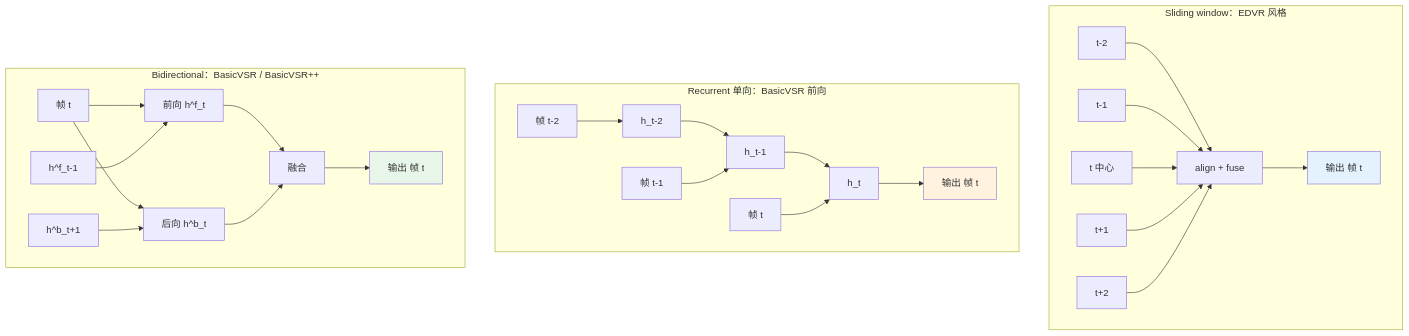
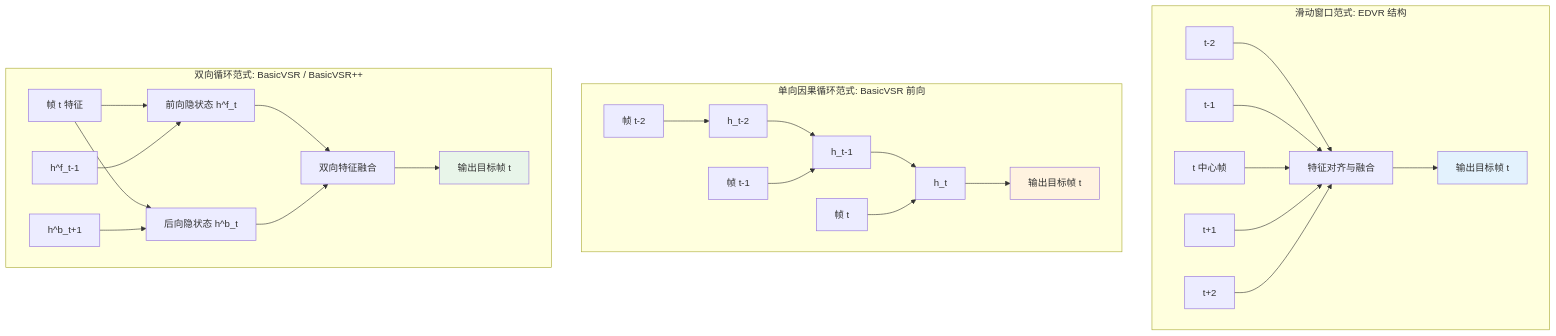
One commit to yingwang/image-enhancement-guide changed the first of 3 diagrams in chapters/14-video-models.md. Above: the diagram before and after it, drawn with Mermaid. The commit also changed other lines of this file and 18 other files, not shown here.

````diff
--- a/chapters/14-video-models.md
+++ b/chapters/14-video-models.md
@@ -95,34 +86,34 @@
 ```mermaid
 graph TB
-    subgraph SW[Sliding window：EDVR 风格]
-        SW1[t-2] --> SWA[align + fuse]
+    subgraph SW[滑动窗口范式: EDVR 结构]
+        SW1[t-2] --> SWA[特征对齐与融合]
         SW2[t-1] --> SWA
-        SW3[t 中心] --> SWA
+        SW3[t 中心帧] --> SWA
         SW4[t+1] --> SWA
         SW5[t+2] --> SWA
-        SWA --> SWO[输出 帧 t]
+        SWA --> SWO[输出目标帧 t]
     end
 
-    subgraph RC[Recurrent 单向：BasicVSR 前向]
+    subgraph RC[单向因果循环范式: BasicVSR 前向]
         RC1[帧 t-2] --> RCH1[h_t-2]
         RCH1 --> RCH2[h_t-1]
         RC2[帧 t-1] --> RCH2
         RCH2 --> RCH3[h_t]
         RC3[帧 t] --> RCH3
-        RCH3 --> RCO[输出 帧 t]
+        RCH3 --> RCO[输出目标帧 t]
     end
 
-    subgraph BD[Bidirectional：BasicVSR / BasicVSR++]
-        BD1[帧 t] --> BDF[前向 h^f_t]
-        BD1 --> BDB[后向 h^b_t]
+    subgraph BD[双向循环范式: BasicVSR / BasicVSR++]
+        BD1[帧 t 特征] --> BDF[前向隐状态 h^f_t]
+        BD1 --> BDB[后向隐状态 h^b_t]
         BDFprev[h^f_t-1] --> BDF
         BDBnext[h^b_t+1] --> BDB
-        BDF --> BDM[融合]
+        BDF --> BDM[双向特征融合]
         BDB --> BDM
-        BDM --> BDO[输出 帧 t]
+        BDM --> BDO[输出目标帧 t]
     end
 
     style SWO fill:#e3f2fd
     style RCO fill:#fff3e0
     style BDO fill:#e8f5e9
 ```
````
